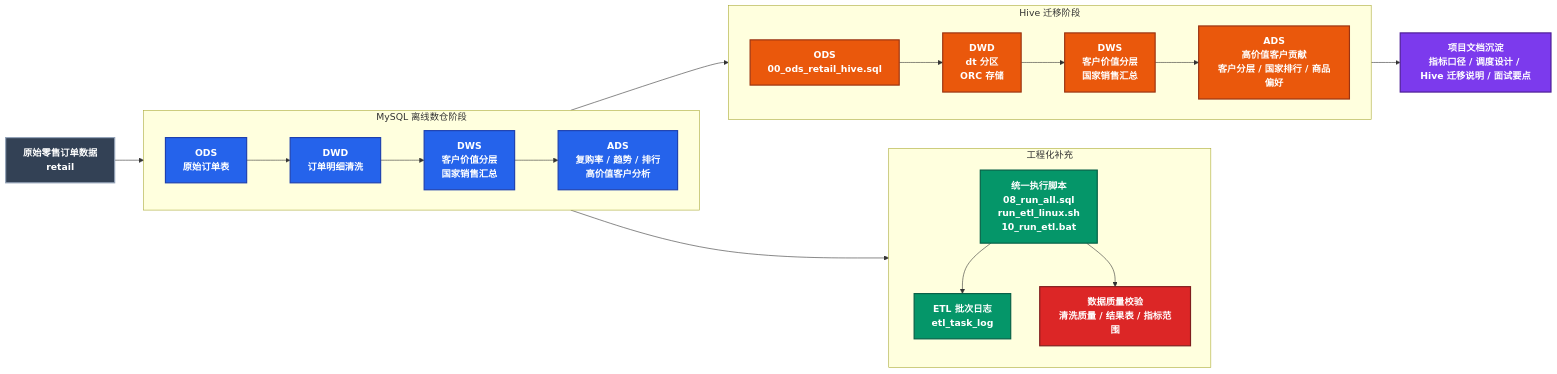
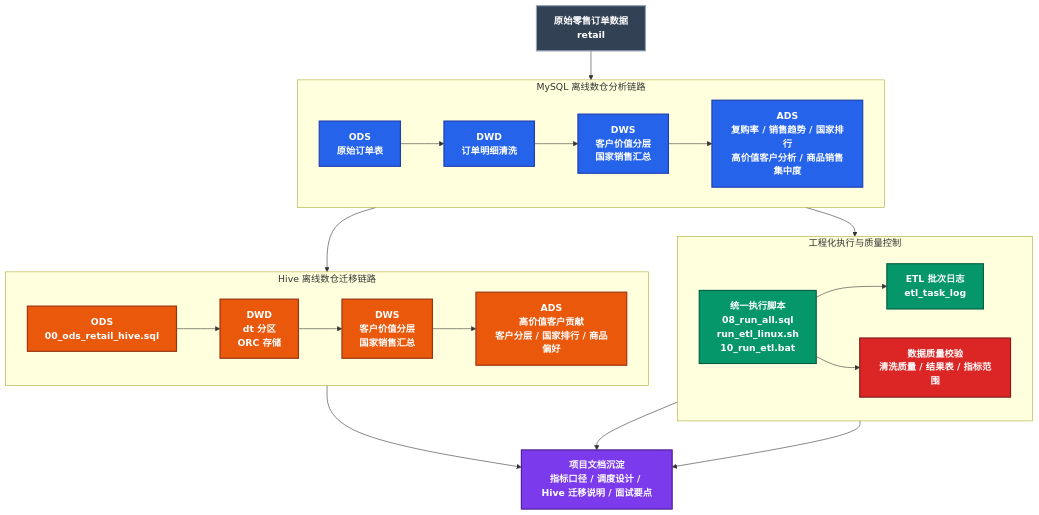
Before and after one commit to 2026heita/retail_project: the diagram in README.md, drawn with Mermaid. The commit also changed other lines of this file, not shown here.

Commit message:
Optimize project architecture diagram

````diff
--- a/README.md
+++ b/README.md
@@ -15,44 +17,50 @@
 ```mermaid
-flowchart LR
+flowchart TB
     classDef source fill:#334155,stroke:#94a3b8,stroke-width:2px,color:#ffffff,font-weight:bold;
     classDef mysql fill:#2563eb,stroke:#1e40af,stroke-width:2px,color:#ffffff,font-weight:bold;
     classDef hive fill:#ea580c,stroke:#9a3412,stroke-width:2px,color:#ffffff,font-weight:bold;
     classDef exec fill:#059669,stroke:#065f46,stroke-width:2px,color:#ffffff,font-weight:bold;
     classDef qa fill:#dc2626,stroke:#7f1d1d,stroke-width:2px,color:#ffffff,font-weight:bold;
     classDef doc fill:#7c3aed,stroke:#4c1d95,stroke-width:2px,color:#ffffff,font-weight:bold;
 
     SRC["原始零售订单数据<br/>retail"]:::source
 
-    subgraph MYSQL["MySQL 离线数仓阶段"]
+    subgraph MYSQL["MySQL 离线数仓分析链路"]
         direction LR
         M1["ODS<br/>原始订单表"]:::mysql
         M2["DWD<br/>订单明细清洗"]:::mysql
         M3["DWS<br/>客户价值分层<br/>国家销售汇总"]:::mysql
-        M4["ADS<br/>复购率 / 趋势 / 排行<br/>高价值客户分析"]:::mysql
+        M4["ADS<br/>复购率 / 销售趋势 / 国家排行<br/>高价值客户分析 / 商品销售集中度"]:::mysql
     end
 
-    subgraph ENGINEERING["工程化补充"]
-        direction TB
+    subgraph ENGINEERING["工程化执行与质量控制"]
+        direction LR
         E1["统一执行脚本<br/>08_run_all.sql<br/>run_etl_linux.sh<br/>10_run_etl.bat"]:::exec
         E2["ETL 批次日志<br/>etl_task_log"]:::exec
         E3["数据质量校验<br/>清洗质量 / 结果表 / 指标范围"]:::qa
     end
 
-    subgraph HIVE["Hive 迁移阶段"]
+    subgraph HIVE["Hive 离线数仓迁移链路"]
         direction LR
         H1["ODS<br/>00_ods_retail_hive.sql"]:::hive
         H2["DWD<br/>dt 分区<br/>ORC 存储"]:::hive
         H3["DWS<br/>客户价值分层<br/>国家销售汇总"]:::hive
         H4["ADS<br/>高价值客户贡献<br/>客户分层 / 国家排行 / 商品偏好"]:::hive
     end
 
     DOC["项目文档沉淀<br/>指标口径 / 调度设计 / Hive 迁移说明 / 面试要点"]:::doc
 
-    SRC --> M1 --> M2 --> M3 --> M4
-    M2 --> E1
+    SRC --> M1
+    M1 --> M2 --> M3 --> M4
+
+    M4 --> E1
     E1 --> E2
     E1 --> E3
+
     M4 --> H1
     H1 --> H2 --> H3 --> H4
+
     H4 --> DOC
+    E2 --> DOC
+    E3 --> DOC
 ```
````
